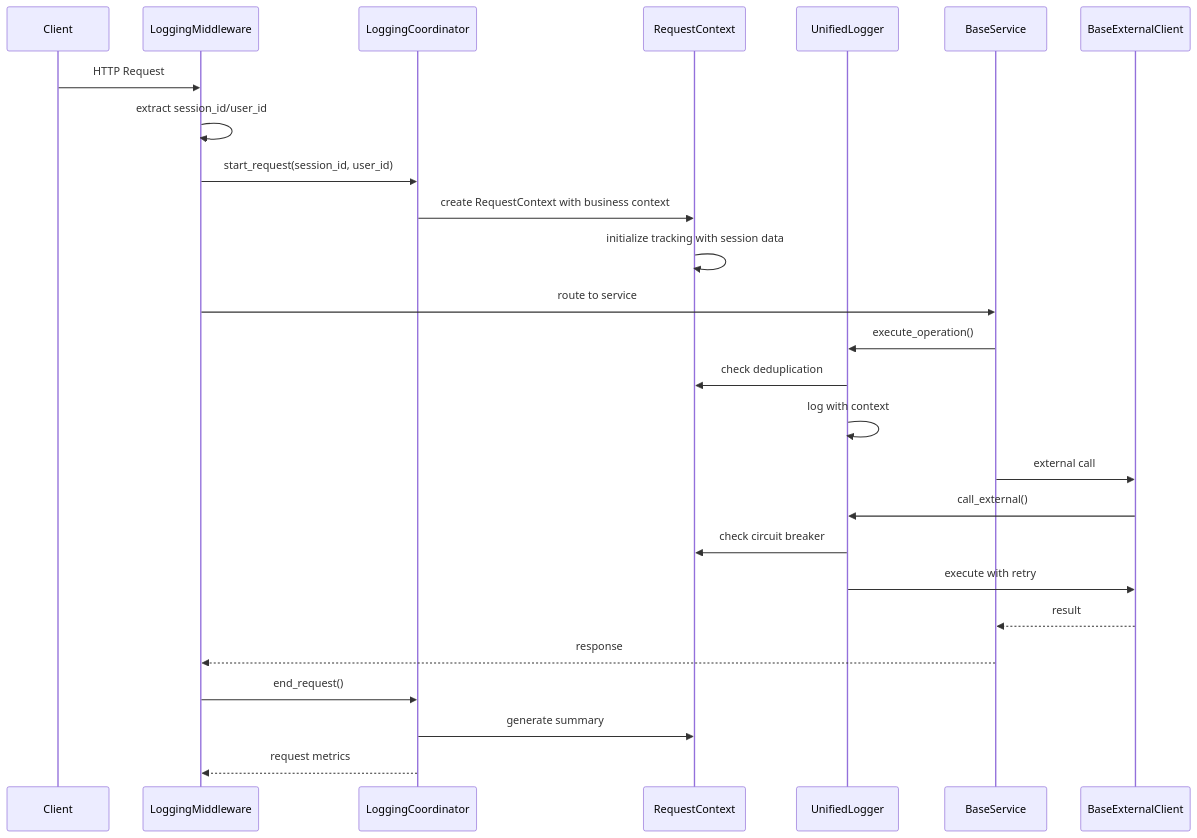
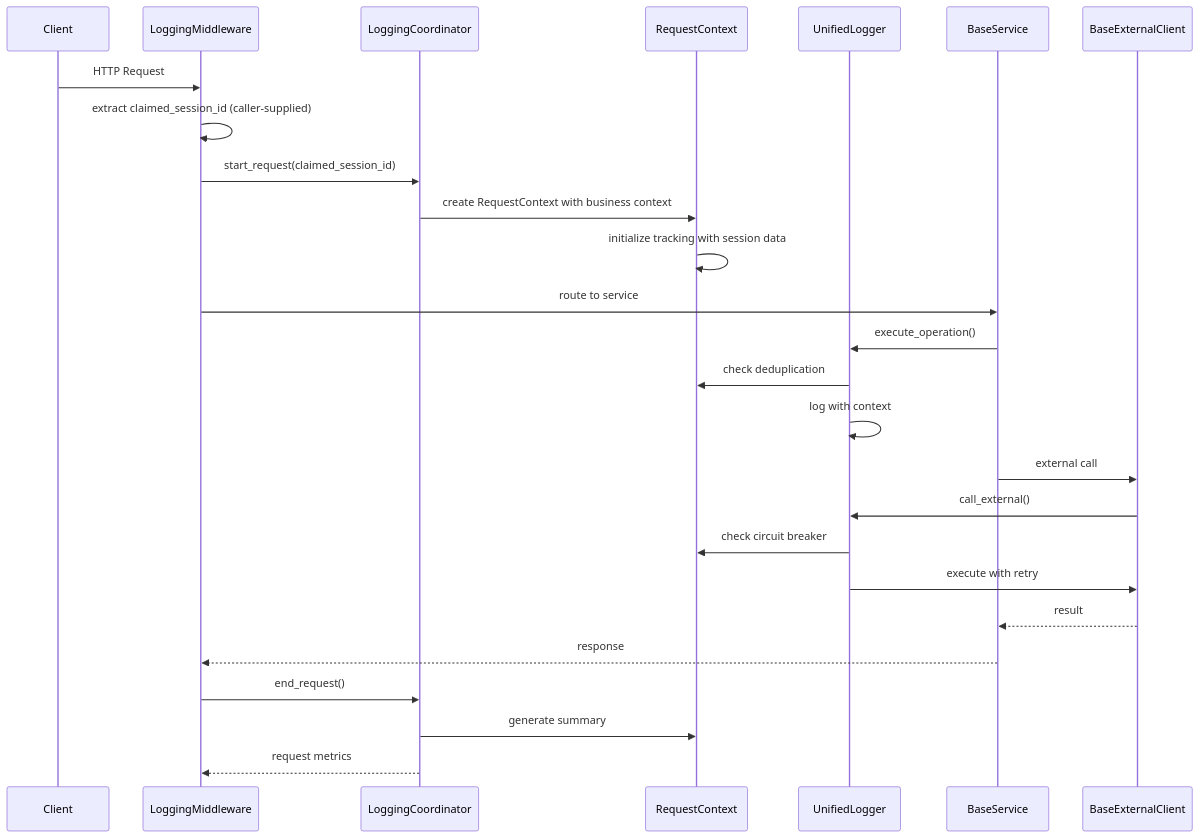
The second of 7 diagrams in docs/operations/monitoring/architecture.md (FaultMaven/faultmaven), drawn with Mermaid before and after one commit. The commit also changed other lines of this file and 15 other files, not shown here.

````diff
--- a/docs/operations/monitoring/architecture.md
+++ b/docs/operations/monitoring/architecture.md
@@ -57,32 +57,32 @@
 ```mermaid
 sequenceDiagram
     participant Client
     participant Middleware as LoggingMiddleware
     participant Coordinator as LoggingCoordinator
     participant Context as RequestContext
     participant Logger as UnifiedLogger
     participant Service as BaseService
     participant Infrastructure as BaseExternalClient
 
     Client->>Middleware: HTTP Request
-    Middleware->>Middleware: extract session_id/user_id
-    Middleware->>Coordinator: start_request(session_id, user_id)
+    Middleware->>Middleware: extract claimed_session_id (caller-supplied)
+    Middleware->>Coordinator: start_request(claimed_session_id)
     Coordinator->>Context: create RequestContext with business context
     Context->>Context: initialize tracking with session data
 
     Middleware->>Service: route to service
     Service->>Logger: execute_operation()
     Logger->>Context: check deduplication
     Logger->>Logger: log with context
 
     Service->>Infrastructure: external call
     Infrastructure->>Logger: call_external()
     Logger->>Context: check circuit breaker
     Logger->>Infrastructure: execute with retry
 
     Infrastructure-->>Service: result
     Service-->>Middleware: response
     Middleware->>Coordinator: end_request()
     Coordinator->>Context: generate summary
     Coordinator-->>Middleware: request metrics
 ```
````
